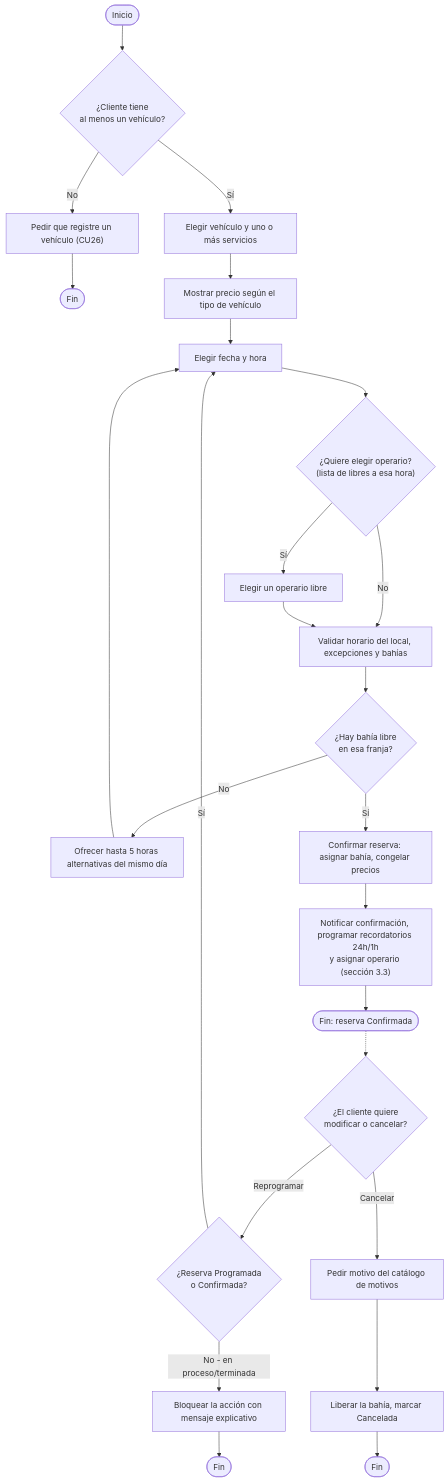
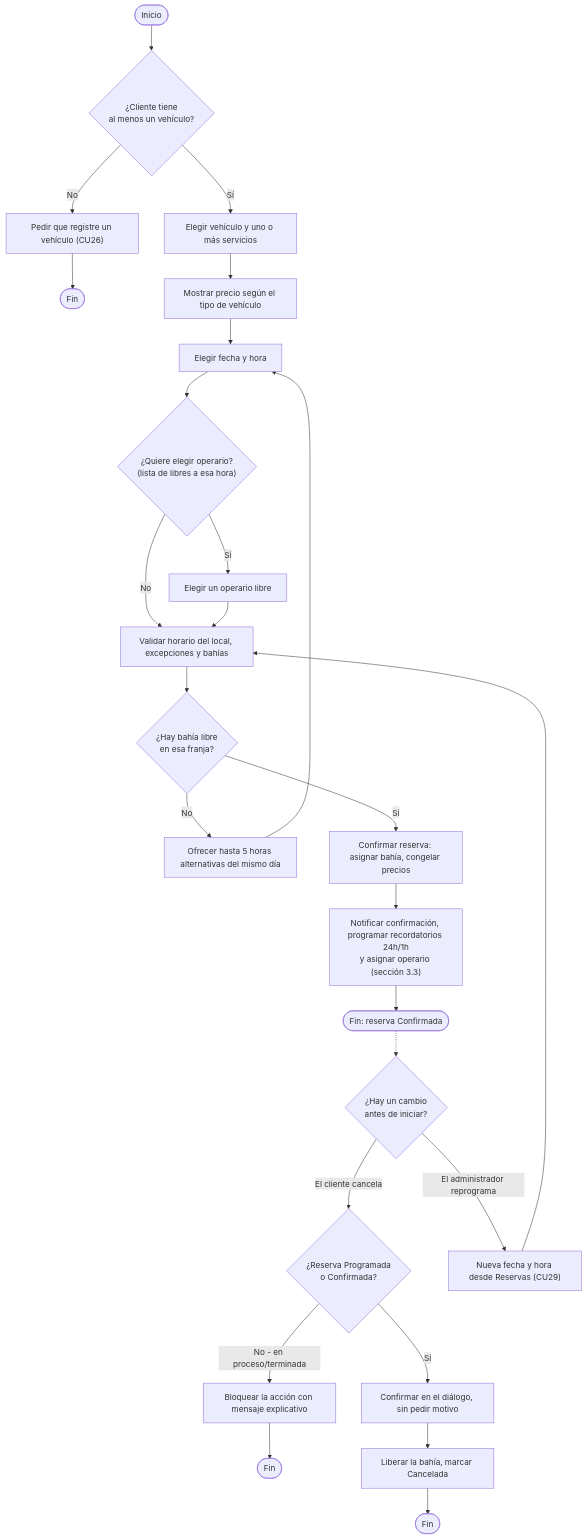
Before and after one commit to BrayanCABRERA123/lavarapido-docs: diagram 16 of 26 in 02_DOCUMENTACION_DE_ANALISIS_DEL_SOFTWARE/ES/MD/documentacion-de-analisis-del-software.md, drawn with Mermaid. The commit also changed other lines of this file and 7 other files, not shown here.

Commit message:
docs(analysis): correct sequences and states against the code and redraw the diagrams (2.3)

````diff
--- a/02_DOCUMENTACION_DE_ANALISIS_DEL_SOFTWARE/ES/MD/documentacion-de-analisis-del-software.md
+++ b/02_DOCUMENTACION_DE_ANALISIS_DEL_SOFTWARE/ES/MD/documentacion-de-analisis-del-software.md
@@ -672,28 +684,29 @@
 ```mermaid
 flowchart TD
     start([Inicio]) --> veh{¿Cliente tiene<br/>al menos un vehículo?}
     veh -->|No| regveh["Pedir que registre un vehículo (CU26)"]
     regveh --> stop0([Fin])
     veh -->|Sí| sel[Elegir vehículo y uno o más servicios]
     sel --> price[Mostrar precio según el tipo de vehículo]
     price --> date[Elegir fecha y hora]
     date --> op{"¿Quiere elegir operario?<br/>(lista de libres a esa hora)"}
     op -->|Sí| pickop[Elegir un operario libre]
     op -->|No| check[Validar horario del local, excepciones y bahías]
     pickop --> check
     check --> avail{¿Hay bahía libre<br/>en esa franja?}
     avail -->|No| alt[Ofrecer hasta 5 horas alternativas del mismo día]
     alt --> date
     avail -->|Sí| confirm[Confirmar reserva: asignar bahía, congelar precios]
     confirm --> notif["Notificar confirmación, programar recordatorios 24h/1h<br/>y asignar operario (sección 3.3)"]
     notif --> stop1([Fin: reserva Confirmada])
 
-    stop1 -.-> manage{¿El cliente quiere<br/>modificar o cancelar?}
-    manage -->|Reprogramar| state{¿Reserva Programada<br/>o Confirmada?}
+    stop1 -.-> manage{¿Hay un cambio<br/>antes de iniciar?}
+    manage -->|El cliente cancela| state{¿Reserva Programada<br/>o Confirmada?}
     state -->|No - en proceso/terminada| block[Bloquear la acción con mensaje explicativo]
     block --> stop2([Fin])
-    state -->|Sí| date
-    manage -->|Cancelar| reason[Pedir motivo del catálogo de motivos]
-    reason --> free[Liberar la bahía, marcar Cancelada]
+    state -->|Sí| ask[Confirmar en el diálogo, sin pedir motivo]
+    ask --> free[Liberar la bahía, marcar Cancelada]
     free --> stop3([Fin])
+    manage -->|El administrador reprograma| resched["Nueva fecha y hora desde Reservas (CU29)"]
+    resched --> check
 ```
````
